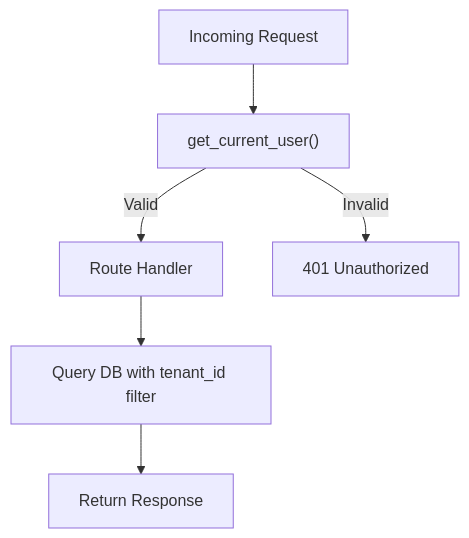
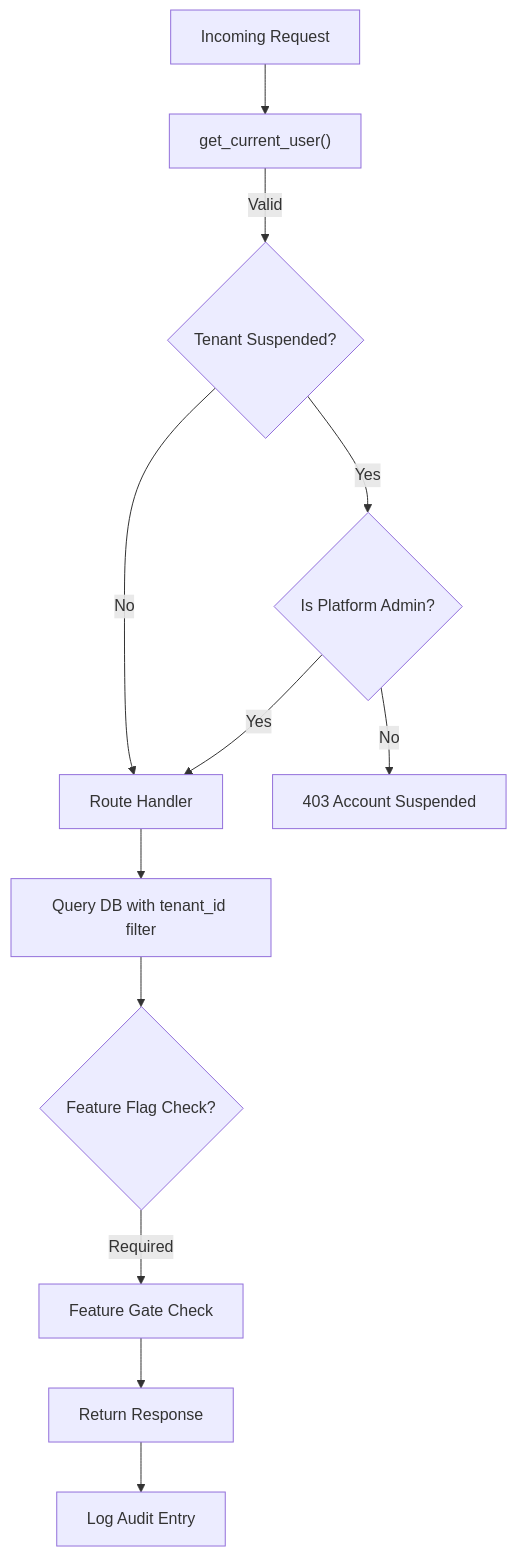
The ninth of 10 diagrams in .qoder/repowiki/en/content/Multi-Tenant System/Multi-Tenant System.md (Revanththetalogics/aireume), drawn with Mermaid before and after one commit. The commit also changed other lines of this file and 10 other files, not shown here.

````diff
--- a/.qoder/repowiki/en/content/Multi-Tenant System/Multi-Tenant System.md
+++ b/.qoder/repowiki/en/content/Multi-Tenant System/Multi-Tenant System.md
@@ -392,8 +566,14 @@
 ```mermaid
 flowchart TD
 Req["Incoming Request"] --> Auth["get_current_user()"]
-Auth --> |Valid| Route["Route Handler"]
-Auth --> |Invalid| Err["401 Unauthorized"]
+Auth --> |Valid| CheckSuspension{"Tenant Suspended?"}
+CheckSuspension --> |Yes| CheckAdmin{"Is Platform Admin?"}
+CheckAdmin --> |Yes| Route["Route Handler"]
+CheckAdmin --> |No| Err["403 Account Suspended"]
+CheckSuspension --> |No| Route
 Route --> Q["Query DB with tenant_id filter"]
-Q --> Res["Return Response"]
+Q --> FeatureCheck{"Feature Flag Check?"}
+FeatureCheck --> |Required| FeatureGate["Feature Gate Check"]
+FeatureGate --> Res["Return Response"]
+Res --> Audit["Log Audit Entry"]
 ```
````
